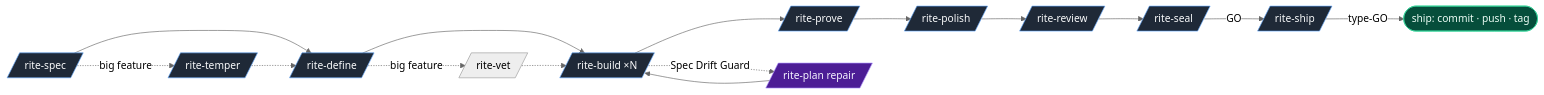
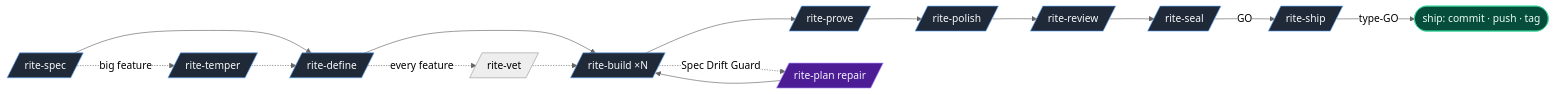
The diagram in README.md (ViktorsBaikers/DevRites), drawn with Mermaid (neutral theme) before and after one commit. The commit also changed other lines of this file and 13 other files, not shown here.

First line of the commit message:
refactor(skills): vet every plan at scaled depth, never skip

````diff
--- a/README.md
+++ b/README.md
@@ -70,17 +70,17 @@
 ```mermaid
 flowchart LR
     S[/rite-spec/] --> D[/rite-define/] --> B[/rite-build ×N/] --> P[/rite-prove/] --> Po[/rite-polish/] --> R[/rite-review/] --> Sl[/rite-seal/]
     S -.->|big feature| T[/rite-temper/] -.-> D
-    D -.->|big feature| V[/rite-vet/] -.-> B
+    D -.->|every feature| V[/rite-vet/] -.-> B
     Sl -->|GO| Sh[/rite-ship/]
     Sh -->|type-GO| Ship([ship: commit · push · tag])
     B -.->|Spec Drift Guard| Re[/rite-plan repair/]
     Re --> B
 
     classDef phase fill:#1f2937,stroke:#60a5fa,color:#f9fafb
     classDef ship fill:#064e3b,stroke:#34d399,color:#ecfdf5
     classDef repair fill:#4c1d95,stroke:#a78bfa,color:#f5f3ff
     class S,D,B,P,Po,R,Sl,Sh,T phase
     class Ship ship
     class Re repair
 ```
````
